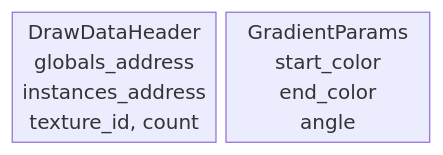
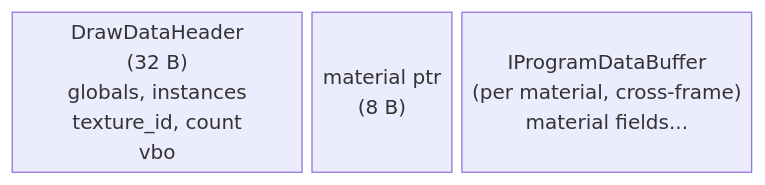
One commit to ljaaskela/velk-ui changed the fourth of 5 diagrams in docs/render/render-backend.md. Above: the diagram before and after it, drawn with Mermaid. The commit also changed other lines of this file and 101 other files, not shown here.

````diff
--- a/docs/render/render-backend.md
+++ b/docs/render/render-backend.md
@@ -403,6 +414,5 @@
 ```mermaid
 block-beta
-    columns 4
-    A["DrawDataHeader<br/>globals_address<br/>instances_address<br/>texture_id, count"]:2
-    B["GradientParams<br/>start_color<br/>end_color<br/>angle"]:2
+    columns 5
+    A["DrawDataHeader<br/>(32 B)<br/>globals, instances<br/>texture_id, count<br/>vbo"]:2 B["material ptr<br/>(8 B)"]:1 C["IProgramDataBuffer<br/>(per material, cross-frame)<br/>material fields..."]:2
 ```
````
